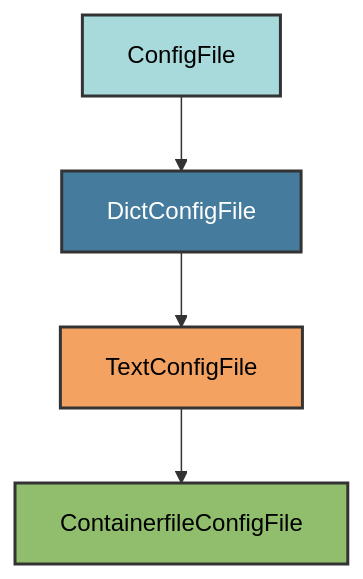
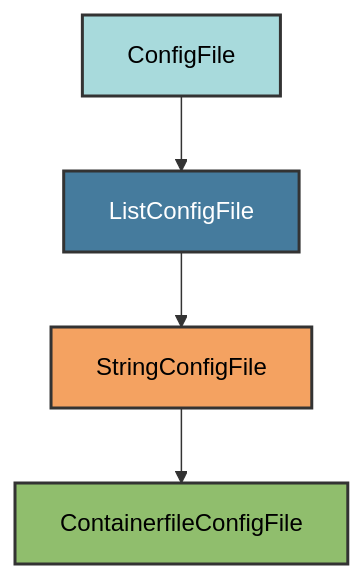
Before and after one commit to Winipedia/pyrig: the diagram in docs/configs/container_file.md, drawn with Mermaid. The commit also changed other lines of this file and 61 other files, not shown here.

Commit message:
docs updated for text to list based string cf

````diff
--- a/docs/configs/container_file.md
+++ b/docs/configs/container_file.md
@@ -18,11 +18,11 @@
 ```mermaid
 graph TD
-    A[ConfigFile] --> B[DictConfigFile]
-    B --> C[TextConfigFile]
+    A[ConfigFile] --> B[ListConfigFile]
+    B --> C[StringConfigFile]
     C --> D[ContainerfileConfigFile]
 
     style A fill:#a8dadc,stroke:#333,stroke-width:2px,color:#000
     style B fill:#457b9d,stroke:#333,stroke-width:2px,color:#fff
     style C fill:#f4a261,stroke:#333,stroke-width:2px,color:#000
     style D fill:#90be6d,stroke:#333,stroke-width:2px,color:#000
 ```
````
